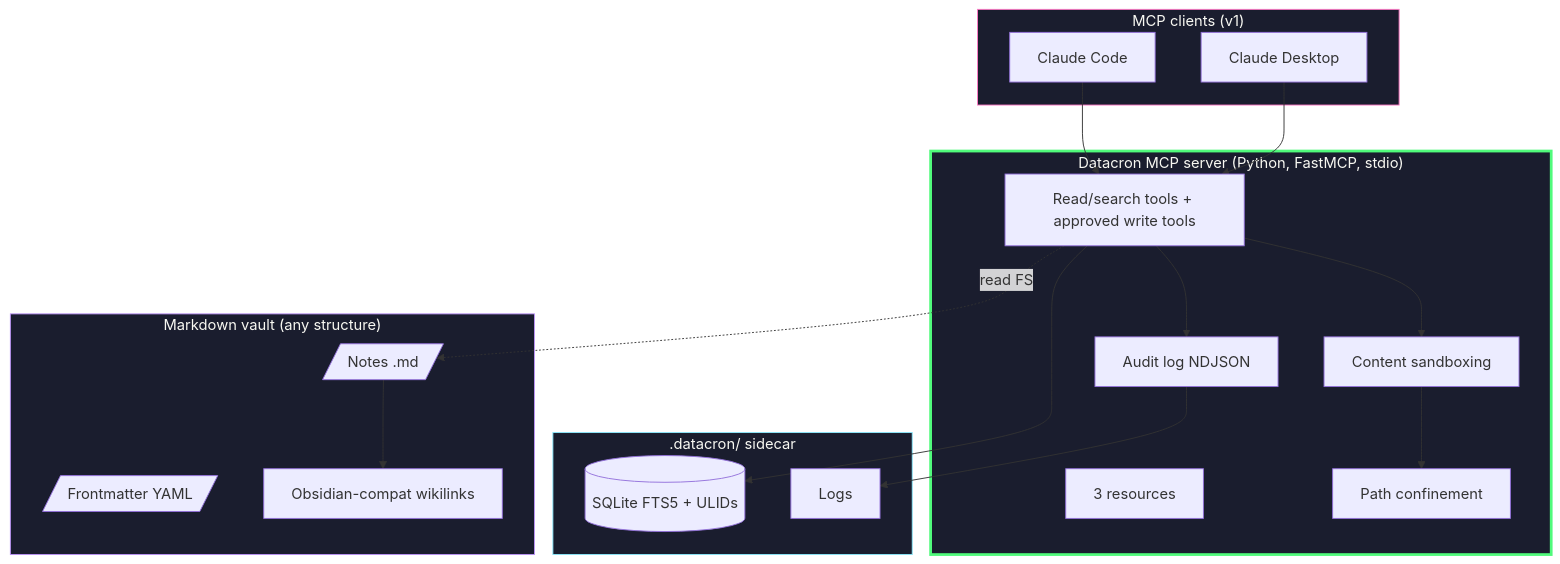
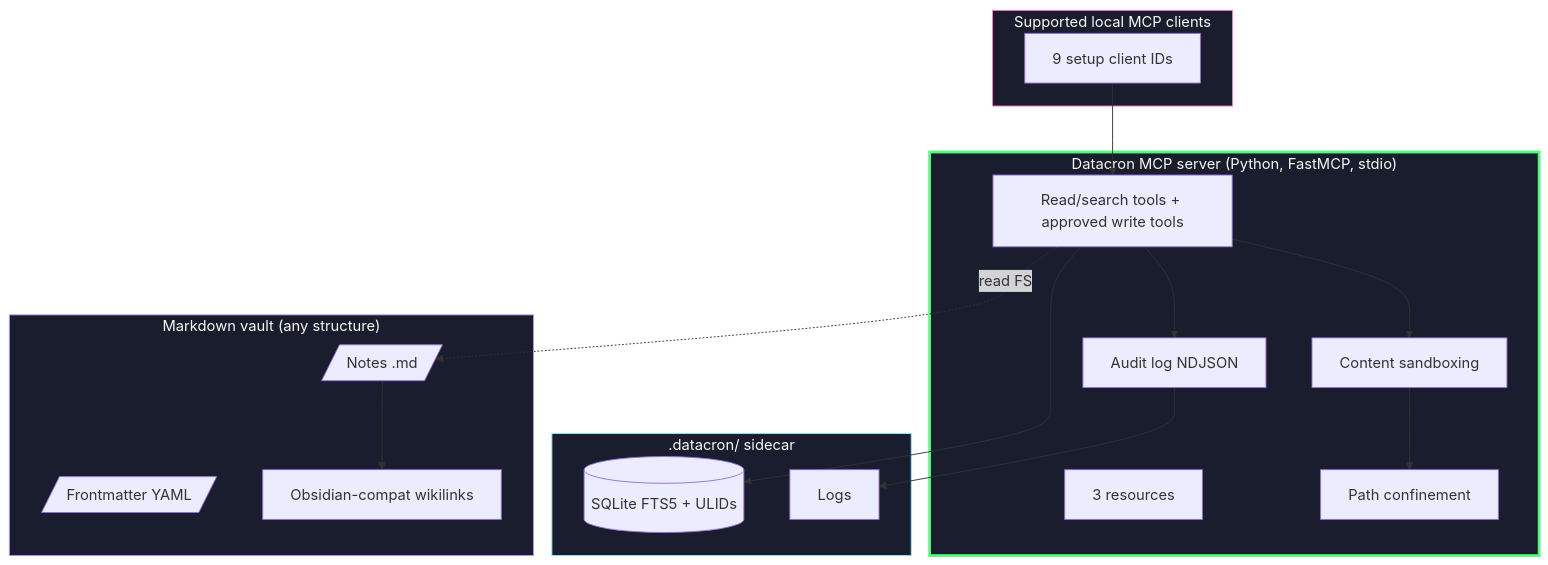
The first of 2 diagrams in docs/en/architecture.md (VBlackJack/Datacron), drawn with Mermaid before and after one commit. The commit also changed other lines of this file and 2 other files, not shown here.

Commit message:
docs(architecture): supersede ADR-009, Cowork supports local stdio MCP (BL-0023)

````diff
--- a/docs/en/architecture.md
+++ b/docs/en/architecture.md
@@ -91,39 +90,37 @@
 ```mermaid
 flowchart TB
-    subgraph CLIENTS["MCP clients (v1)"]
-        CD[Claude Desktop]
-        CC[Claude Code]
+    subgraph CLIENTS["Supported local MCP clients"]
+        CLIENT[9 setup client IDs]
     end
 
     subgraph SERVER["Datacron MCP server (Python, FastMCP, stdio)"]
         TOOLS[Read/search tools + approved write tools]
         RES[3 resources]
         SBX[Content sandboxing]
         CONF[Path confinement]
         AUD[Audit log NDJSON]
     end
 
     subgraph SIDE[".datacron/ sidecar"]
         DB[(SQLite FTS5 + ULIDs)]
         LOGS[Logs]
     end
 
     subgraph VAULT["Markdown vault (any structure)"]
         NOTES[/Notes .md/]
         FM[/Frontmatter YAML/]
         WL[Obsidian-compat wikilinks]
     end
 
-    CD --> TOOLS
-    CC --> TOOLS
+    CLIENT --> TOOLS
     TOOLS --> SBX --> CONF
     TOOLS --> DB
     TOOLS -.read FS.-> NOTES
     NOTES --> WL
     TOOLS --> AUD --> LOGS
 
     style SERVER fill:#1a1d2e,stroke:#50fa7b,color:#f8f8f2,stroke-width:3px
     style VAULT fill:#1a1d2e,stroke:#bd93f9,color:#f8f8f2
     style SIDE fill:#1a1d2e,stroke:#8be9fd,color:#f8f8f2
     style CLIENTS fill:#1a1d2e,stroke:#ff79c6,color:#f8f8f2
 ```
````
